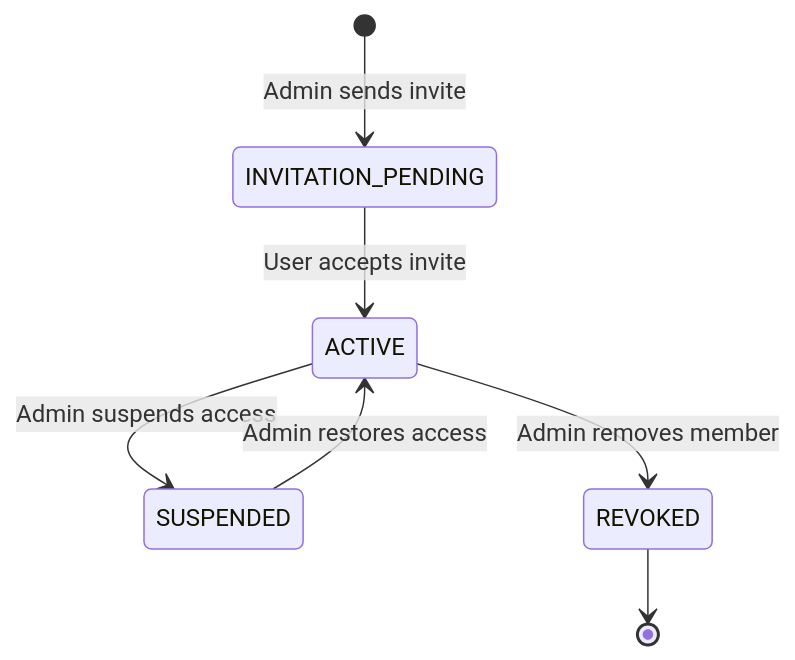
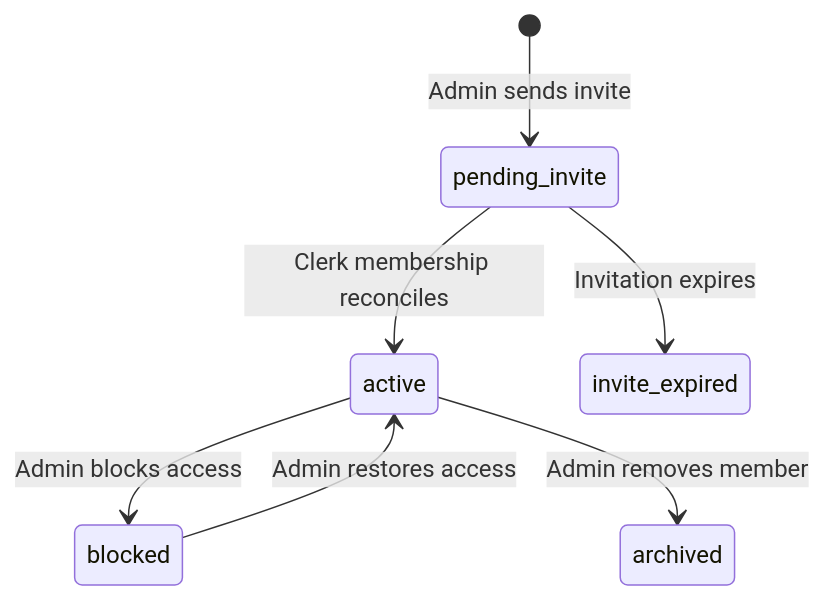
One commit to ORIOP25/Cronos changed the diagram in documentation/02_domain_model/MEMBERS_AND_ACCESS.md. Above: the diagram before and after it, drawn with Mermaid. The commit also changed other lines of this file and 35 other files, not shown here.

````diff
--- a/documentation/02_domain_model/MEMBERS_AND_ACCESS.md
+++ b/documentation/02_domain_model/MEMBERS_AND_ACCESS.md
@@ -24,9 +24,9 @@
 ```mermaid
 stateDiagram-v2
-    [*] --> INVITATION_PENDING : Admin sends invite
-    INVITATION_PENDING --> ACTIVE : User accepts invite
-    ACTIVE --> SUSPENDED : Admin suspends access
-    SUSPENDED --> ACTIVE : Admin restores access
-    ACTIVE --> REVOKED : Admin removes member
-    REVOKED --> [*]
+    [*] --> pending_invite : Admin sends invite
+    pending_invite --> active : Clerk membership reconciles
+    pending_invite --> invite_expired : Invitation expires
+    active --> blocked : Admin blocks access
+    blocked --> active : Admin restores access
+    active --> archived : Admin removes member
 ```
````
